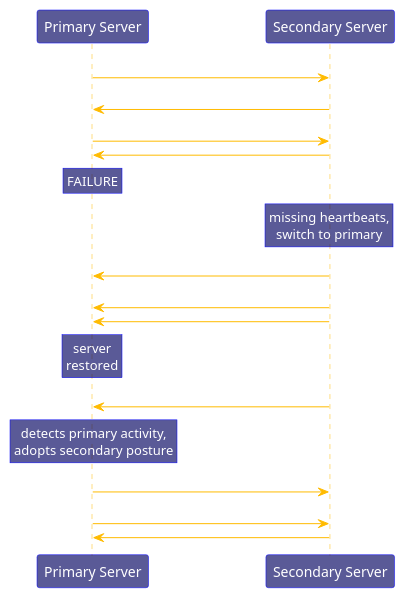
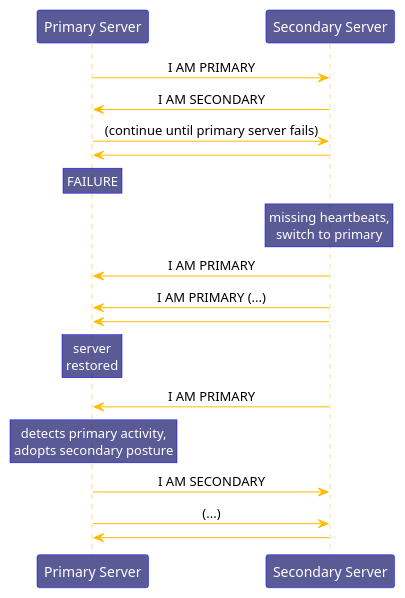
One commit to PomatoCoCEO/UcDrive changed the diagram in arch/heartbeat.puml. Above: the diagram before and after it, drawn with PlantUML. The commit also changed 20 other files, not shown here.

```diff
--- a/arch/heartbeat.puml
+++ b/arch/heartbeat.puml
@@ -1,43 +1,44 @@
 @startuml
+skinparam sequenceMessageAlign CENTER
+skinparam NoteTextAlignment CENTER
 skinparam DefaultTextAlignment CENTER
-skinparam DefaultFontColor #ffffff
 skinparam ArrowColor #ffbb00
 skinparam sequenceMessageAlign CENTER
 skinparam NoteTextAlignment CENTER
 skinparam NoteBackgroundColor #060662a8
 skinparam NoteBorderColor #0000ff
+skinparam NoteFontColor white
+skinparam ParticipantFontColor white
 skinparam ParticipantBackgroundColor #060662a8
 skinparam ParticipantBorderColor #0000ff
 skinparam PathHoverColor #ffbb00
 skinparam SequenceLifeLineBorderColor #ffbb00
 participant "Primary Server" as ps
 participant "Secondary Server" as ss
-skinparam sequenceMessageAlign CENTER
-skinparam NoteTextAlignment CENTER
 ps ->ss: I AM PRIMARY
 ss -> ps: I AM SECONDARY
 ps -> ss: (continue until primary server fails)
 ss-> ps
 rnote over ps
 FAILURE
 end note
 rnote over ss
 missing heartbeats,
 switch to primary
 end note
 ss -> ps: I AM PRIMARY
 ss -> ps: I AM PRIMARY (...)
 ss -> ps:
 RNOTE OVER ps
 server
 restored
 end note
 ss -> ps: I AM PRIMARY
 RNOTE OVER ps
 detects primary activity,
 adopts secondary posture
 end note
 ps -> ss: I AM SECONDARY
 ps->ss:(...)
 ss->ps
 @enduml
```
